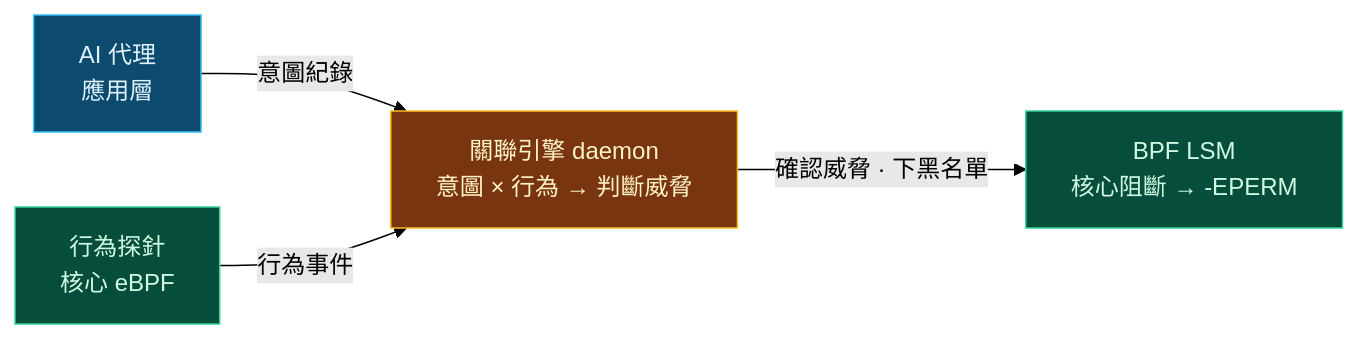
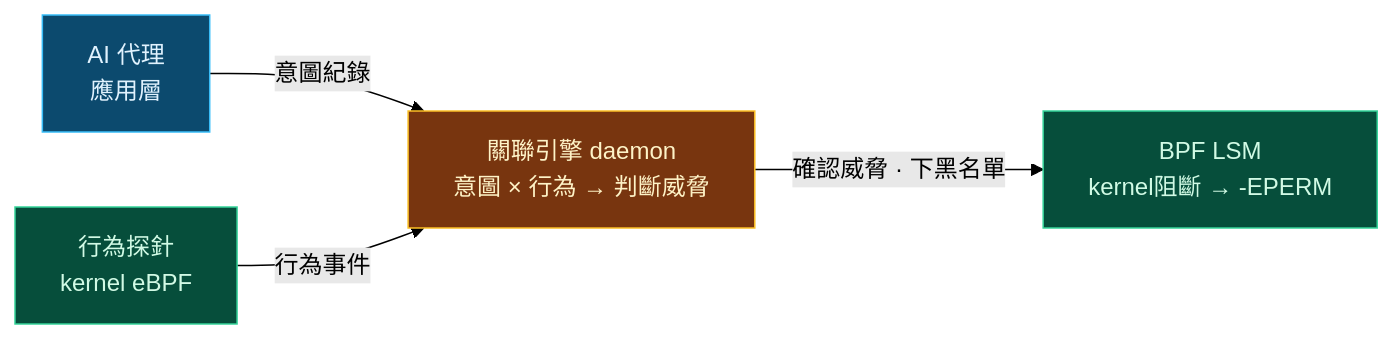
One commit to junlinwk/agent-sentinel changed the first of 4 diagrams in report.md. Above: the diagram before and after it, drawn with Mermaid (forest theme). The commit also changed other lines of this file, not shown here.

````diff
--- a/report.md
+++ b/report.md
@@ -178,13 +178,13 @@
 ```mermaid {scale: 0.78}
 flowchart LR
   AG["AI 代理<br/>應用層"]:::a
-  AP["行為探針<br/>核心 eBPF"]:::k
+  AP["行為探針<br/>kernel eBPF"]:::k
   D["關聯引擎 daemon<br/>意圖 × 行為 → 判斷威脅"]:::d
-  LSM["BPF LSM<br/>核心阻斷 → -EPERM"]:::k
+  LSM["BPF LSM<br/>kernel阻斷 → -EPERM"]:::k
   AG -- "意圖紀錄" --> D
   AP -- "行為事件" --> D
   D -- "確認威脅 · 下黑名單" --> LSM
   classDef a fill:#0c4a6e,stroke:#38bdf8,color:#e0f2fe;
   classDef k fill:#064e3b,stroke:#34d399,color:#d1fae5;
   classDef d fill:#78350f,stroke:#fbbf24,color:#fef3c7;
 ```
````
